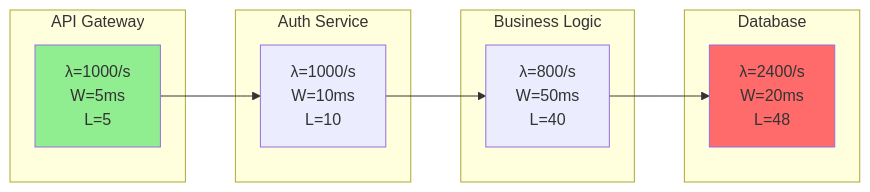
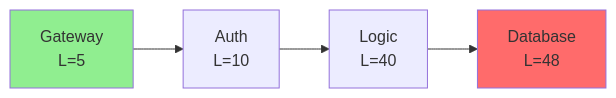
Before and after one commit to deepaucksharma/DStudio: the fourth of 5 diagrams in docs/quantitative/littles-law.md, drawn with Mermaid. The commit also changed other lines of this file and 210 other files, not shown here.

````diff
--- a/docs/quantitative/littles-law.md
+++ b/docs/quantitative/littles-law.md
@@ -866,25 +832,7 @@
 ```mermaid
 graph LR
-    subgraph "API Gateway"
-        AG[λ=1000/s<br/>W=5ms<br/>L=5]
-    end
-    
-    subgraph "Auth Service"
-        AS[λ=1000/s<br/>W=10ms<br/>L=10]
-    end
-    
-    subgraph "Business Logic"
-        BL[λ=800/s<br/>W=50ms<br/>L=40]
-    end
-    
-    subgraph "Database"
-        DB[λ=2400/s<br/>W=20ms<br/>L=48]
-    end
-    
-    AG --> AS
-    AS --> BL
-    BL --> DB
+    AG[Gateway<br/>L=5] --> AS[Auth<br/>L=10] --> BL[Logic<br/>L=40] --> DB[Database<br/>L=48]
     
     style AG fill:#90ee90
     style DB fill:#ff6b6b
 ```
````
